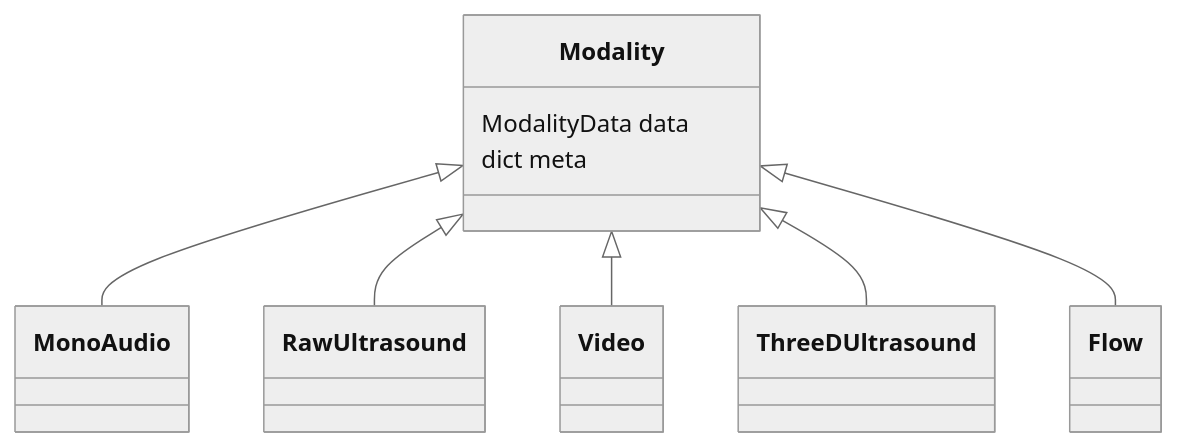
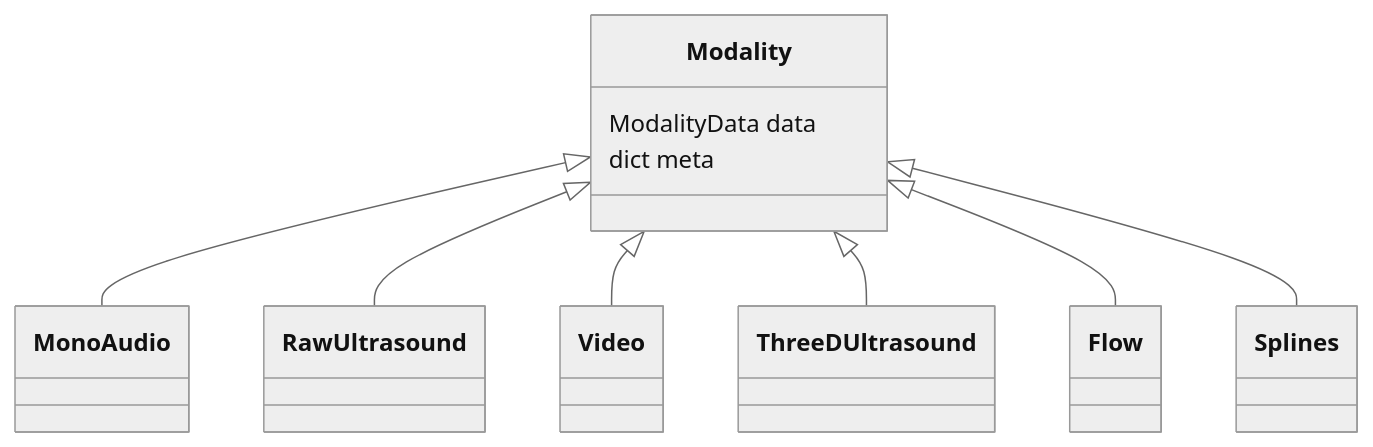
One commit to giuthas/satkit changed the diagram in documentation/ModalitiesforRecordedData.markdown. Above: the diagram before and after it, drawn with Mermaid (neutral theme). The commit also changed other lines of this file, not shown here.

Commit message:
Added Splines and a bit of explaning text.

````diff
--- a/documentation/ModalitiesforRecordedData.markdown
+++ b/documentation/ModalitiesforRecordedData.markdown
@@ -3,14 +3,15 @@
 ```mermaid
 classDiagram
     class Modality{
         ModalityData data
         dict meta
     }
 
     Modality <|-- MonoAudio
     Modality <|-- RawUltrasound
     Modality <|-- Video
     Modality <|-- ThreeDUltrasound
     Modality <|-- Flow
+    Modality <|-- Splines
 
 ```
````
